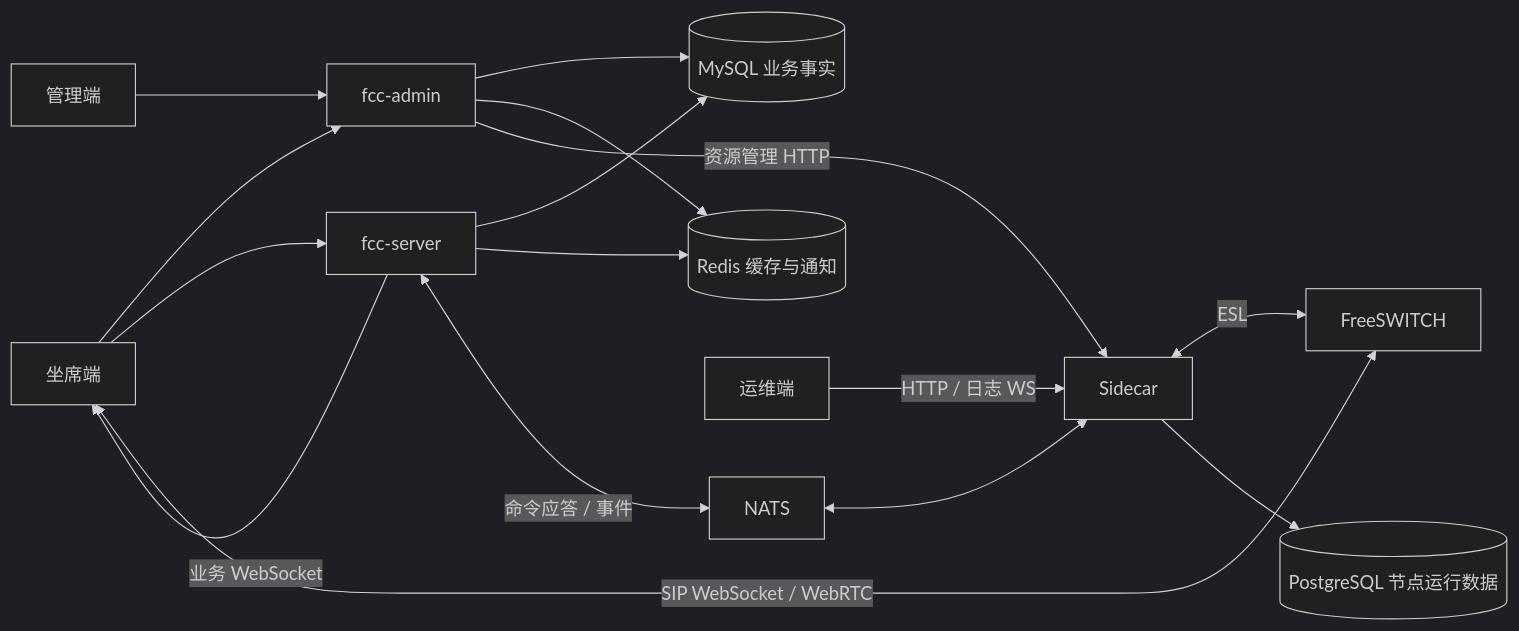
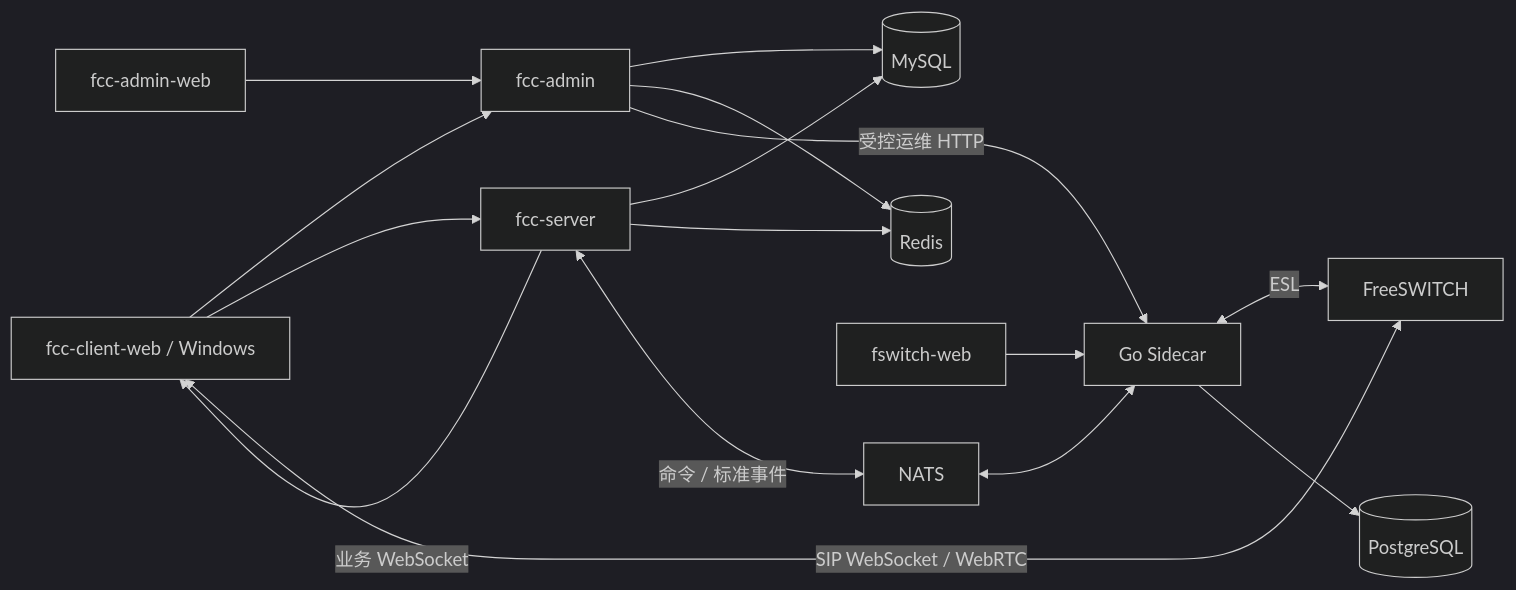
One commit to erghjmncq6643981/demo-2026 changed the diagram in docs/fcc-product-design.md. Above: the diagram before and after it, drawn with Mermaid (dark theme). The commit also changed other lines of this file and 15 other files, not shown here.

````diff
--- a/docs/fcc-product-design.md
+++ b/docs/fcc-product-design.md
@@ -20,18 +24,18 @@
 ```mermaid
 flowchart LR
-  A[管理端] --> M[fcc-admin]
-  C[坐席端] --> M
-  C --> S[fcc-server]
-  S -->|业务 WebSocket| C
-  C <-->|SIP WebSocket / WebRTC| F[FreeSWITCH]
-  M --> DB[(MySQL 业务事实)]
+  AW[fcc-admin-web] --> A[fcc-admin]
+  CW[fcc-client-web / Windows] --> A
+  CW --> S[fcc-server]
+  S -->|业务 WebSocket| CW
+  CW <-->|SIP WebSocket / WebRTC| F[FreeSWITCH]
+  A --> DB[(MySQL)]
   S --> DB
-  M --> R[(Redis 缓存与通知)]
+  A --> R[(Redis)]
   S --> R
-  S <-->|命令应答 / 事件| N[NATS]
-  N <--> G[Sidecar]
-  M -->|资源管理 HTTP| G
-  O[运维端] -->|HTTP / 日志 WS| G
+  S <-->|命令 / 标准事件| N[NATS]
+  N <--> G[Go Sidecar]
+  A -->|受控运维 HTTP| G
+  OW[fswitch-web] --> G
   G <-->|ESL| F
-  G --> P[(PostgreSQL 节点运行数据)]
+  G --> PG[(PostgreSQL)]
 ```
````
